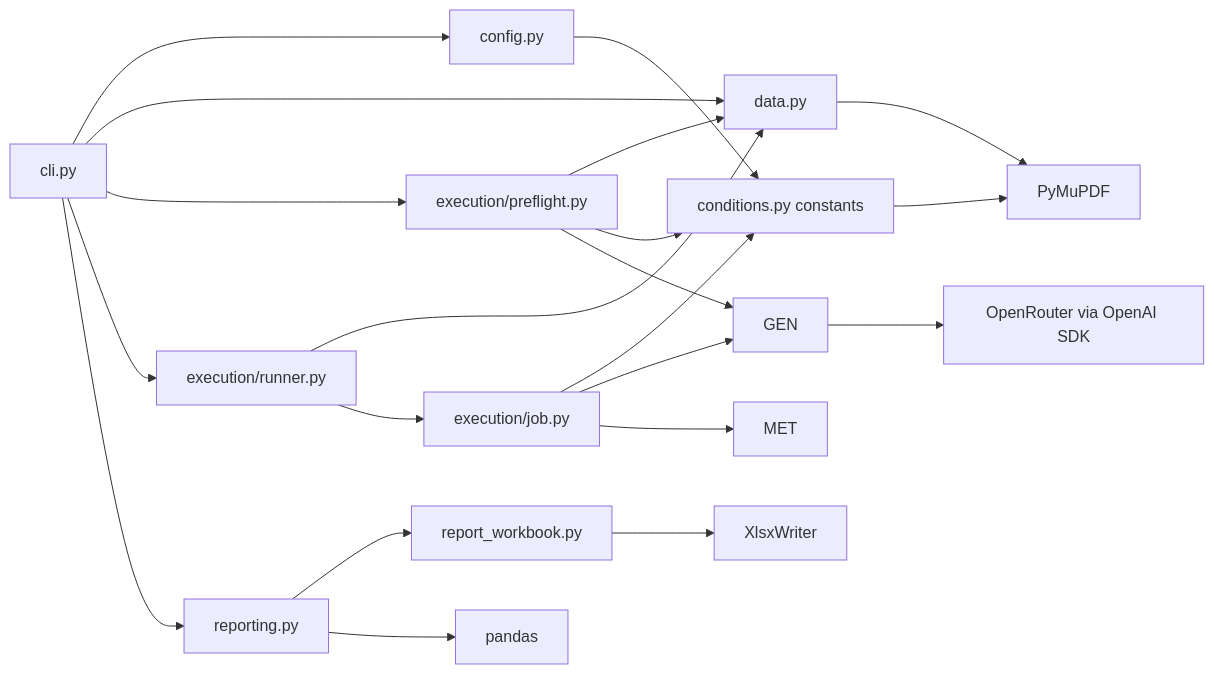
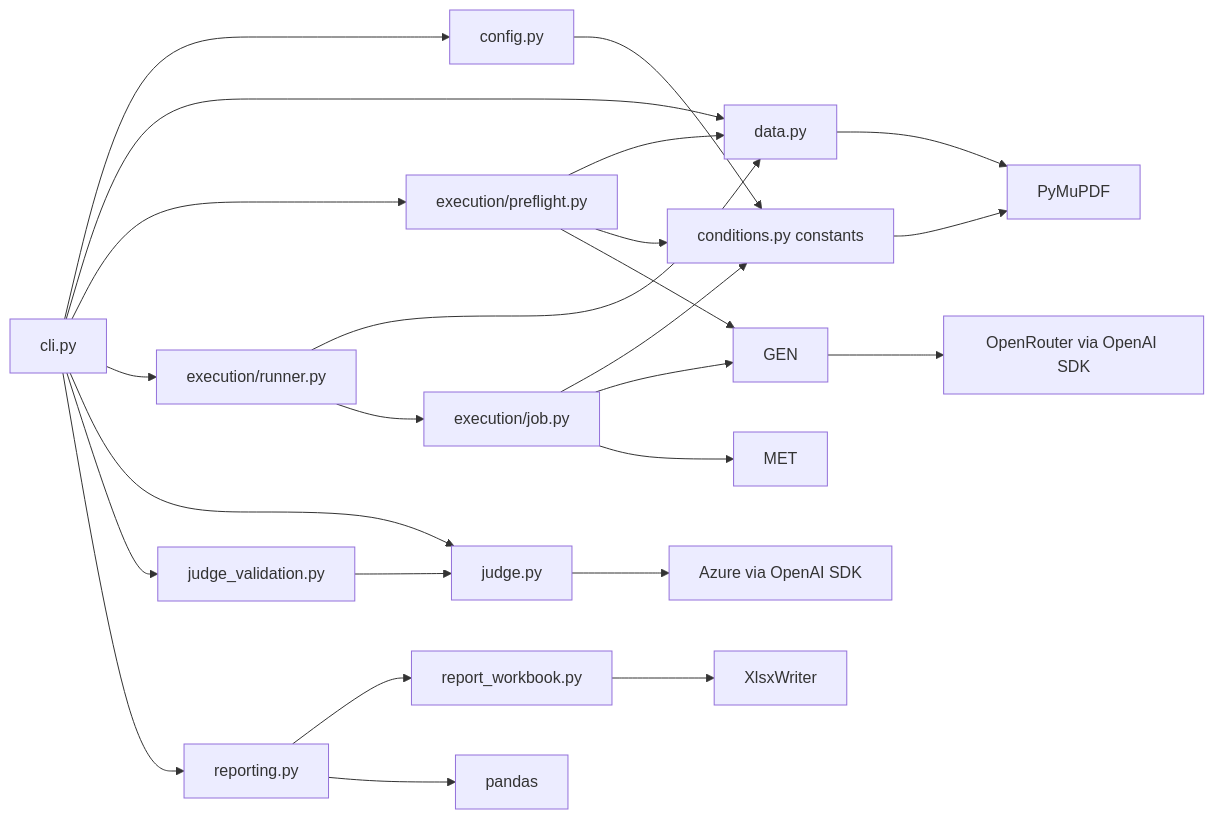
The second of 11 diagrams in docs sys design/benchmark/FinanceBench Implementation Guide.md (14zhasim/Agentic_RAG), drawn with Mermaid before and after one commit. The commit also changed other lines of this file and 10 other files, not shown here.

````diff
--- a/docs sys design/benchmark/FinanceBench Implementation Guide.md
+++ b/docs sys design/benchmark/FinanceBench Implementation Guide.md
@@ -179,23 +181,27 @@
 ```mermaid
 flowchart LR
     CLI[cli.py] --> CONFIG[config.py]
     CLI[cli.py] --> DATA[data.py]
     CLI --> PREFLIGHT[execution/preflight.py]
     CLI --> RUN[execution/runner.py]
+    CLI --> JUDGE[judge.py]
+    CLI --> JV[judge_validation.py]
     CLI --> REPORT[reporting.py]
     REPORT --> BOOK[report_workbook.py]
     CONFIG --> COND[conditions.py constants]
     PREFLIGHT --> DATA
     PREFLIGHT --> COND
     PREFLIGHT --> GEN
     RUN --> DATA
     RUN --> JOB[execution/job.py]
     JOB --> COND
     JOB --> GEN
     JOB --> MET
     COND --> PDF[PyMuPDF]
     DATA --> PDF
     GEN --> OR[OpenRouter via OpenAI SDK]
+    JV --> JUDGE
+    JUDGE --> AZ[Azure via OpenAI SDK]
     REPORT --> PD[pandas]
     BOOK --> XLSX[XlsxWriter]
 ```
````
